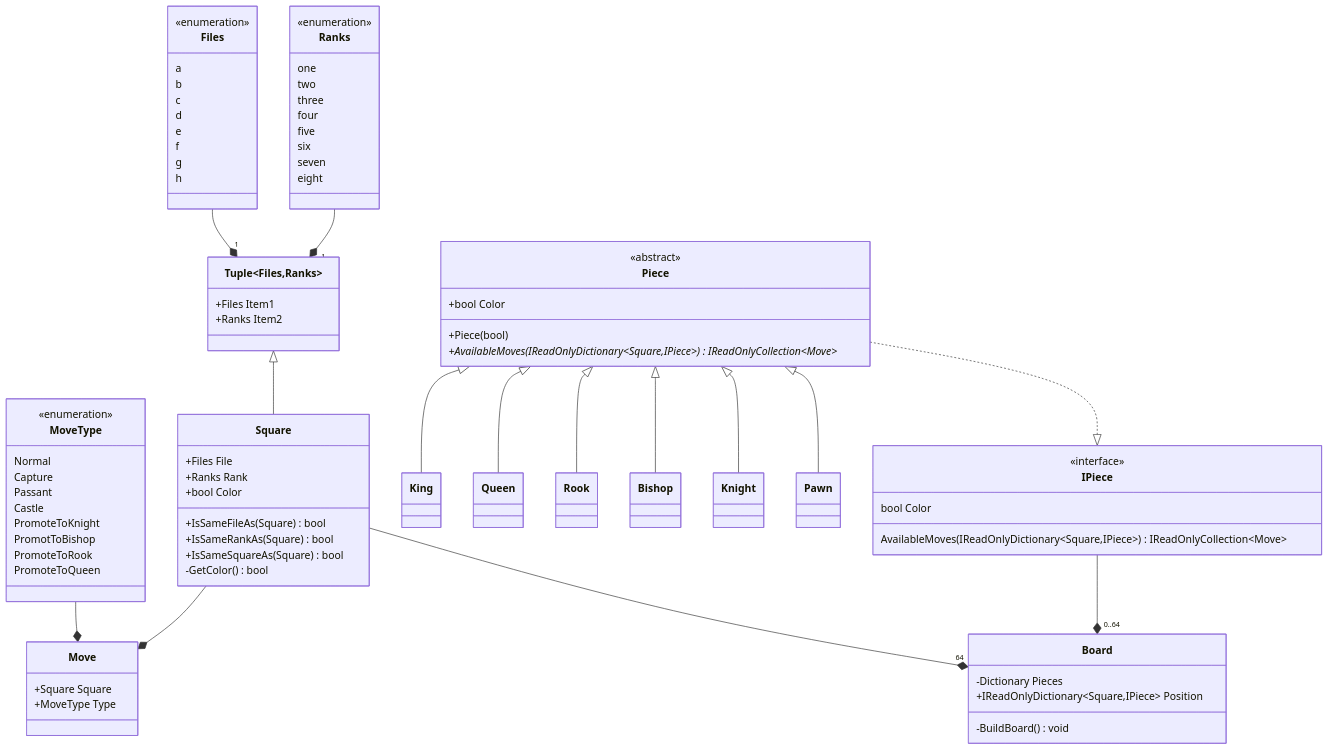
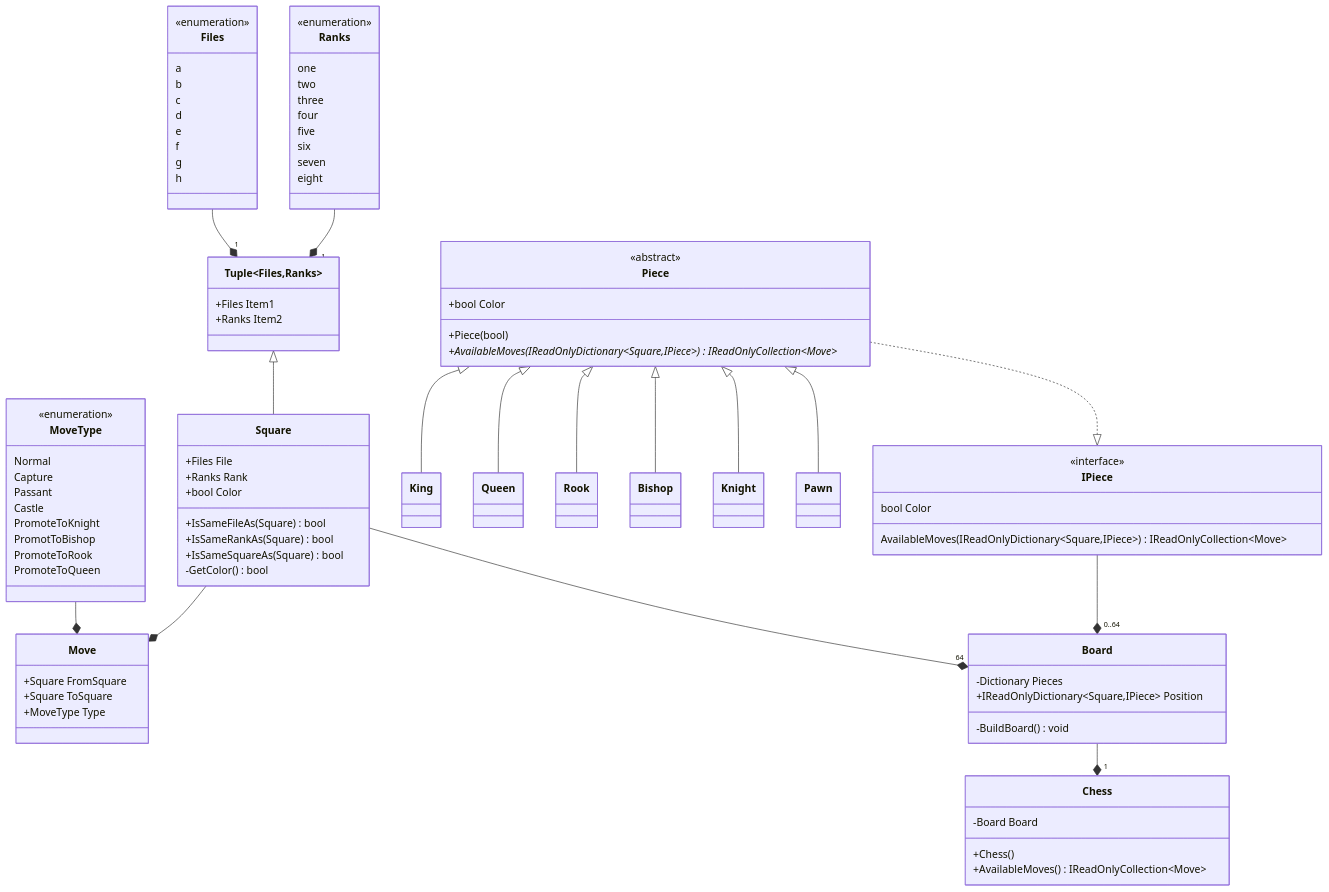
The diagram in UML Diagram/Core/Core.md (JeanLColombo/Mate), drawn with Mermaid before and after one commit. The commit also changed 2 other files, not shown here.

Commit message:
Redefined Move.cs and implemented Chess.cs.

```diff
--- a/UML Diagram/Core/Core.md
+++ b/UML Diagram/Core/Core.md
@@ -52,7 +52,8 @@
         -BuildBoard() void 
     }
     class Move{
-        +Square Square
+        +Square FromSquare
+        +Square ToSquare
         +MoveType Type
     }
     class IPiece{
@@ -78,10 +79,16 @@
     }
     class King{
     }
+    class Chess{
+        -Board Board
+        +Chess()
+        +AvailableMoves() IReadOnlyCollection~Move~
+    }
     Ranks --* "1"  Tuple~Files,Ranks~
     Files --* "1"  Tuple~Files,Ranks~
     Tuple~Files,Ranks~ <|-- Square
     Square --* "64" Board
+    Board --* "1" Chess
     MoveType --* Move
     Square --* Move
     IPiece --* "0..64" Board
```
